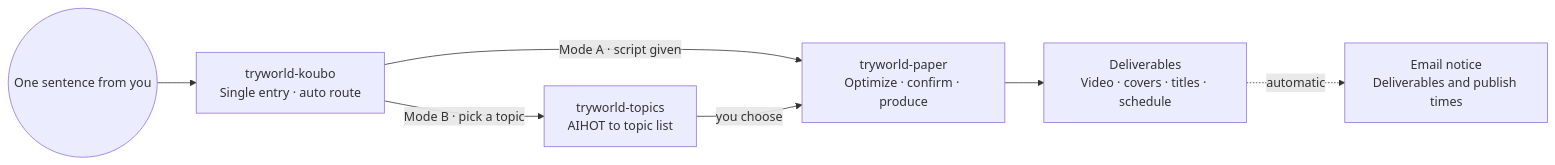
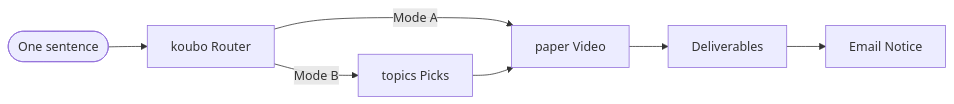
One commit to TryWorld2026/paper-algorithm changed the diagram in README.md. Above: the diagram before and after it, drawn with Mermaid. The commit also changed 1 other file, not shown here.

Commit message:
fix: simplify README Mermaid to minimal GitHub-compatible syntax

````diff
--- a/README.md
+++ b/README.md
@@ -171,9 +171,9 @@
 ```mermaid
 flowchart LR
-    U(("One sentence from you")) --> P["tryworld-koubo\nSingle entry · auto route"]
-    P -- "Mode A · script given" --> A["tryworld-paper\nOptimize · confirm · produce"]
-    P -- "Mode B · pick a topic" --> S["tryworld-topics\nAIHOT to topic list"]
-    S -- "you choose" --> A
-    A --> O["Deliverables\nVideo · covers · titles · schedule"]
-    O -.->|"automatic"| M["Email notice\nDeliverables and publish times"]
+    U(["One sentence"]) --> P["koubo Router"]
+    P -- "Mode A" --> A["paper Video"]
+    P -- "Mode B" --> S["topics Picks"]
+    S --> A
+    A --> O["Deliverables"]
+    O --> M["Email Notice"]
 ```
````
